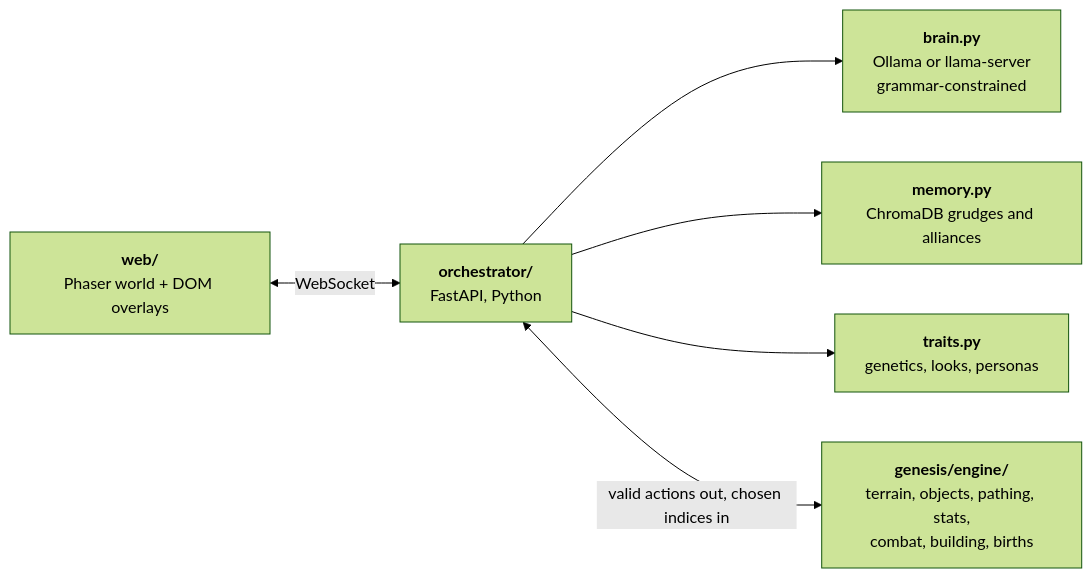
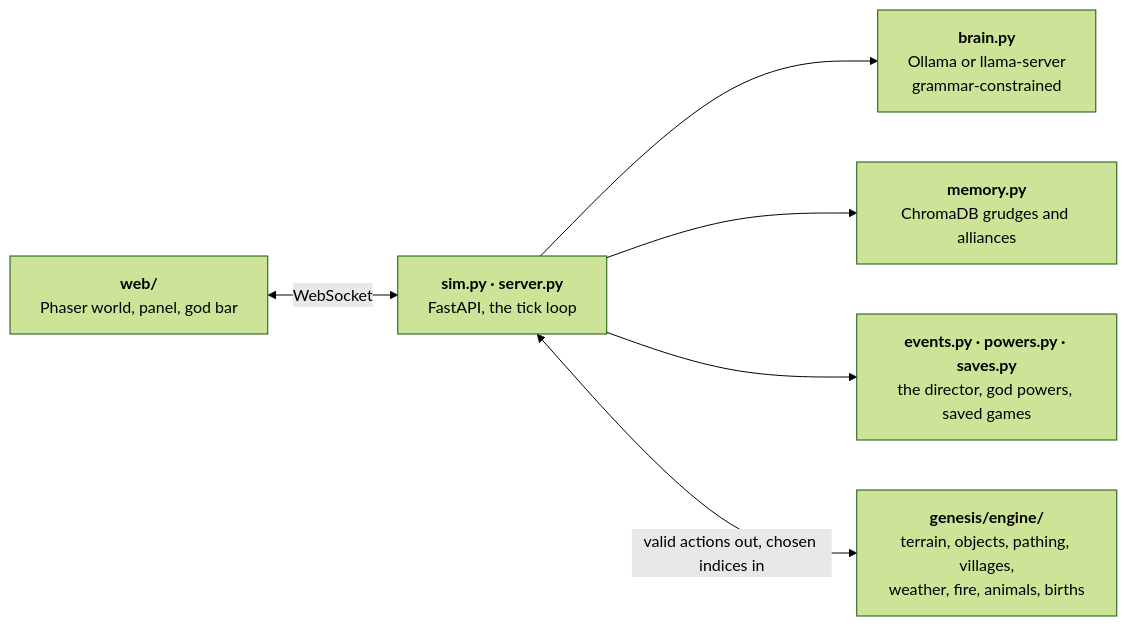
One commit to DMVexious/project-genesis changed the diagram in README.md. Above: the diagram before and after it, drawn with Mermaid (forest theme). The commit also changed other lines of this file, not shown here.

First line of the commit message:
README rewritten: quick start up front, what you can do, a living world, and reference notes checked against the code

````diff
--- a/README.md
+++ b/README.md
@@ -141,14 +167,14 @@
 ```mermaid
 flowchart LR
-    UI["<b>web/</b><br/>Phaser world + DOM overlays"]
-    ORCH["<b>orchestrator/</b><br/>FastAPI, Python"]
+    UI["<b>web/</b><br/>Phaser world, panel, god bar"]
+    ORCH["<b>sim.py · server.py</b><br/>FastAPI, the tick loop"]
     BRAIN["<b>brain.py</b><br/>Ollama or llama-server<br/>grammar-constrained"]
     MEM["<b>memory.py</b><br/>ChromaDB grudges and alliances"]
-    TRAITS["<b>traits.py</b><br/>genetics, looks, personas"]
-    ENG["<b>genesis/engine/</b><br/>terrain, objects, pathing, stats,<br/>combat, building, births"]
+    WORLD["<b>events.py · powers.py · saves.py</b><br/>the director, god powers, saved games"]
+    ENG["<b>genesis/engine/</b><br/>terrain, objects, pathing, villages,<br/>weather, fire, animals, births"]
     UI <-->|WebSocket| ORCH
     ORCH --> BRAIN
     ORCH --> MEM
-    ORCH --> TRAITS
+    ORCH --> WORLD
     ORCH <-->|"valid actions out, chosen indices in"| ENG
 ```
````
